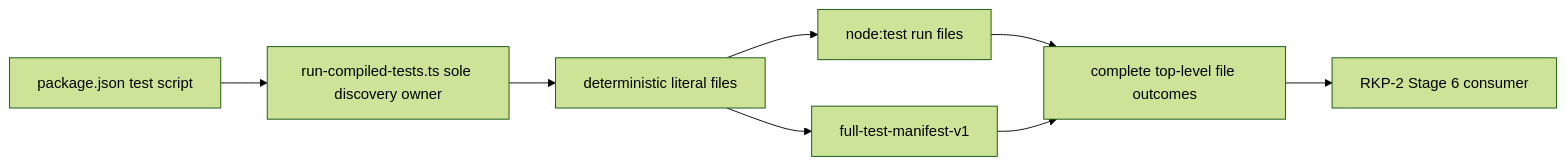
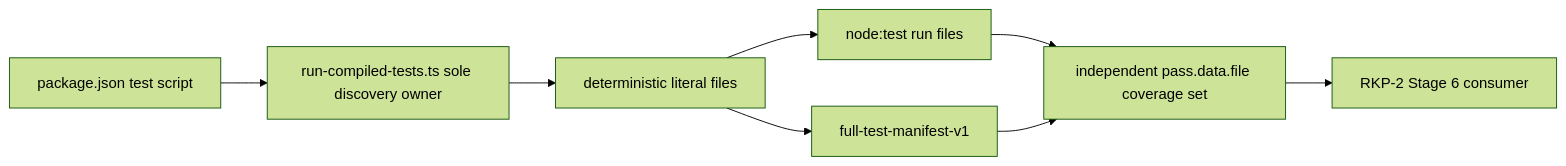
The diagram in .trellis/tasks/08-25-rkp-2-cross-platform-full-test-runner-contract-repair/design.md (FFFAKKK/Brilliant-Guitar), drawn with Mermaid (forest theme) before and after one commit. The commit also changed other lines of this file and 17 other files, not shown here.

````diff
--- a/.trellis/tasks/08-25-rkp-2-cross-platform-full-test-runner-contract-repair/design.md
+++ b/.trellis/tasks/08-25-rkp-2-cross-platform-full-test-runner-contract-repair/design.md
@@ -13,18 +13,18 @@
 ```mermaid
 flowchart LR
   Package[package.json test script]
   Runner[run-compiled-tests.ts sole discovery owner]
   Enum[deterministic literal files]
   Manifest[full-test-manifest-v1]
   NodeTest[node:test run files]
-  Outcomes[complete top-level file outcomes]
+  Outcomes[independent pass.data.file coverage set]
   Stage6[RKP-2 Stage 6 consumer]
 
   Package --> Runner
   Runner --> Enum
   Enum --> Manifest
   Enum --> NodeTest
   NodeTest --> Outcomes
   Manifest --> Outcomes
   Outcomes --> Stage6
 ```
````
